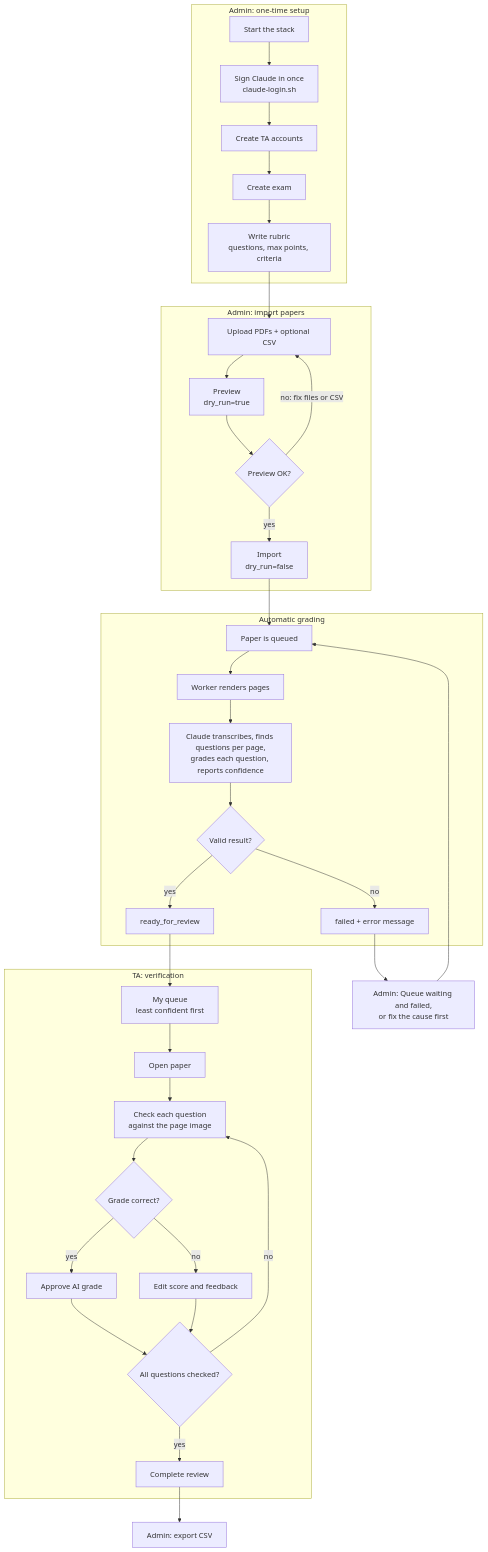
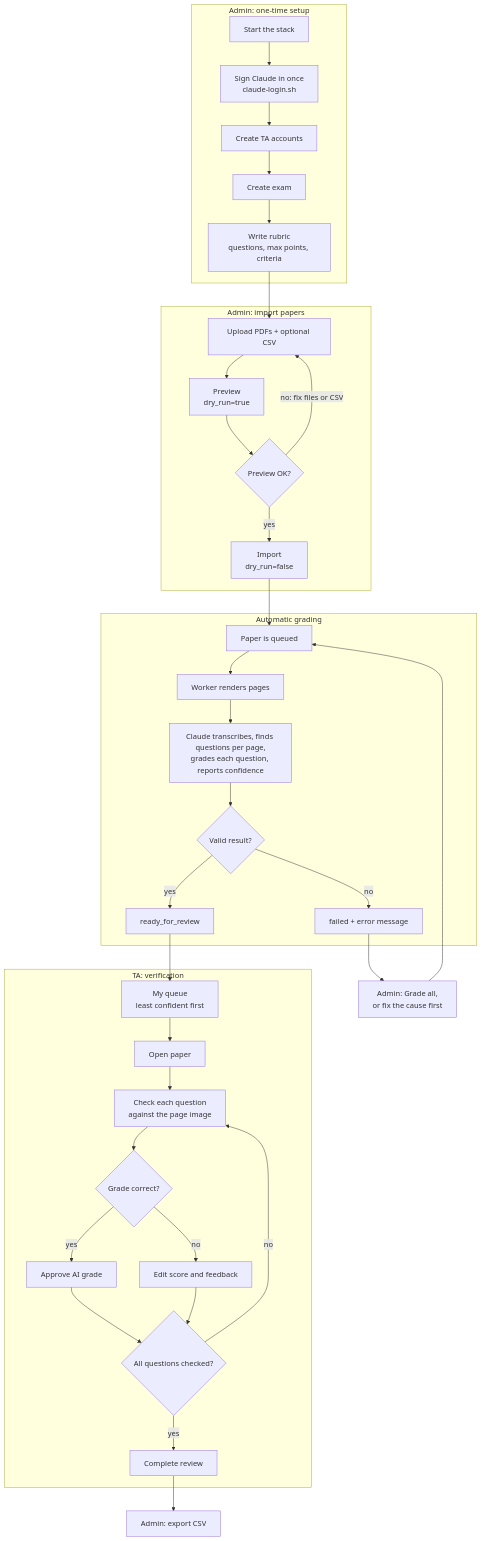
One commit to achintya-labs/AIPaperCorrection changed the first of 11 diagrams in docs/workflows.md. Above: the diagram before and after it, drawn with Mermaid. The commit also changed other lines of this file and 15 other files, not shown here.

````diff
--- a/docs/workflows.md
+++ b/docs/workflows.md
@@ -21,43 +21,43 @@
 ```mermaid
 flowchart TD
     subgraph setup["Admin: one-time setup"]
         A1["Start the stack"] --> A2["Sign Claude in once<br/>claude-login.sh"]
         A2 --> A3["Create TA accounts"]
         A3 --> A4["Create exam"]
         A4 --> A5["Write rubric<br/>questions, max points, criteria"]
     end
 
     subgraph imp["Admin: import papers"]
         B1["Upload PDFs + optional CSV"] --> B2["Preview<br/>dry_run=true"]
         B2 --> B3{"Preview OK?"}
         B3 -- "no: fix files or CSV" --> B1
         B3 -- yes --> B4["Import<br/>dry_run=false"]
     end
 
     subgraph auto["Automatic grading"]
         C1["Paper is queued"] --> C2["Worker renders pages"]
         C2 --> C3["Claude transcribes, finds questions per page,<br/>grades each question, reports confidence"]
         C3 --> C4{"Valid result?"}
         C4 -- yes --> C5["ready_for_review"]
         C4 -- no --> C6["failed + error message"]
     end
 
     subgraph rev["TA: verification"]
         D1["My queue<br/>least confident first"] --> D2["Open paper"]
         D2 --> D3["Check each question<br/>against the page image"]
         D3 --> D4{"Grade correct?"}
         D4 -- yes --> D5["Approve AI grade"]
         D4 -- no --> D6["Edit score and feedback"]
         D5 --> D7{"All questions checked?"}
         D6 --> D7
         D7 -- no --> D3
         D7 -- yes --> D8["Complete review"]
     end
 
     A5 --> B1
     B4 --> C1
     C5 --> D1
-    C6 --> E1["Admin: Queue waiting and failed,<br/>or fix the cause first"]
+    C6 --> E1["Admin: Grade all,<br/>or fix the cause first"]
     E1 --> C1
     D8 --> F1["Admin: export CSV"]
 ```
````
